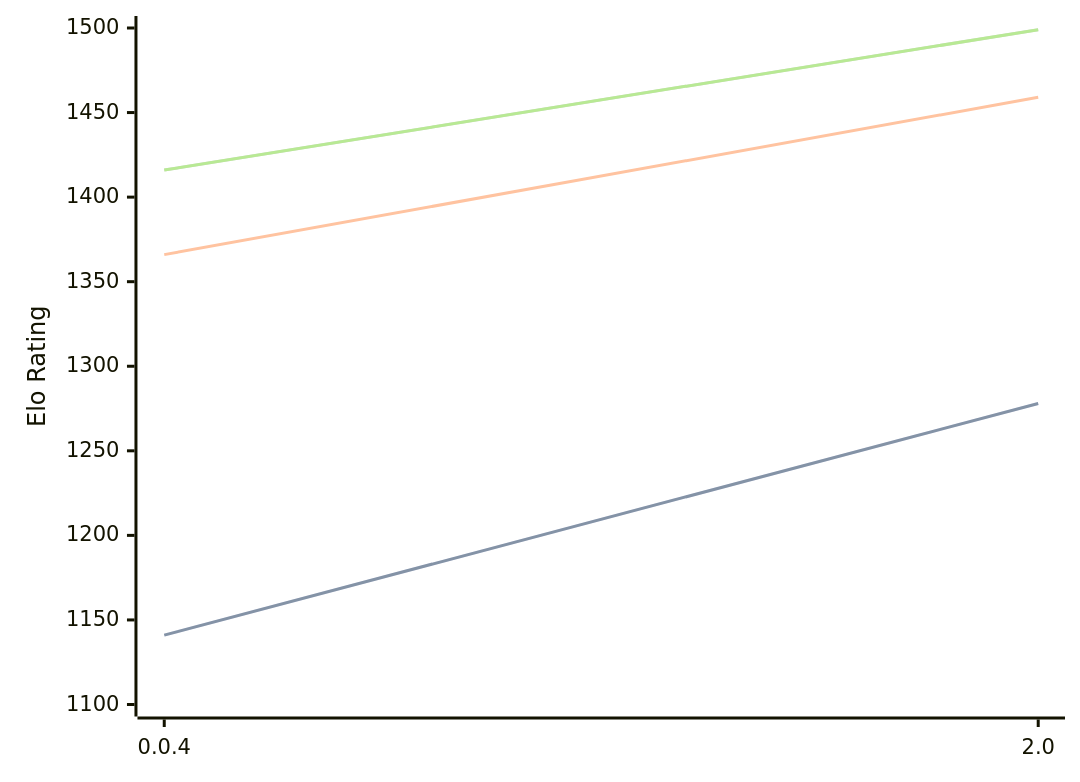
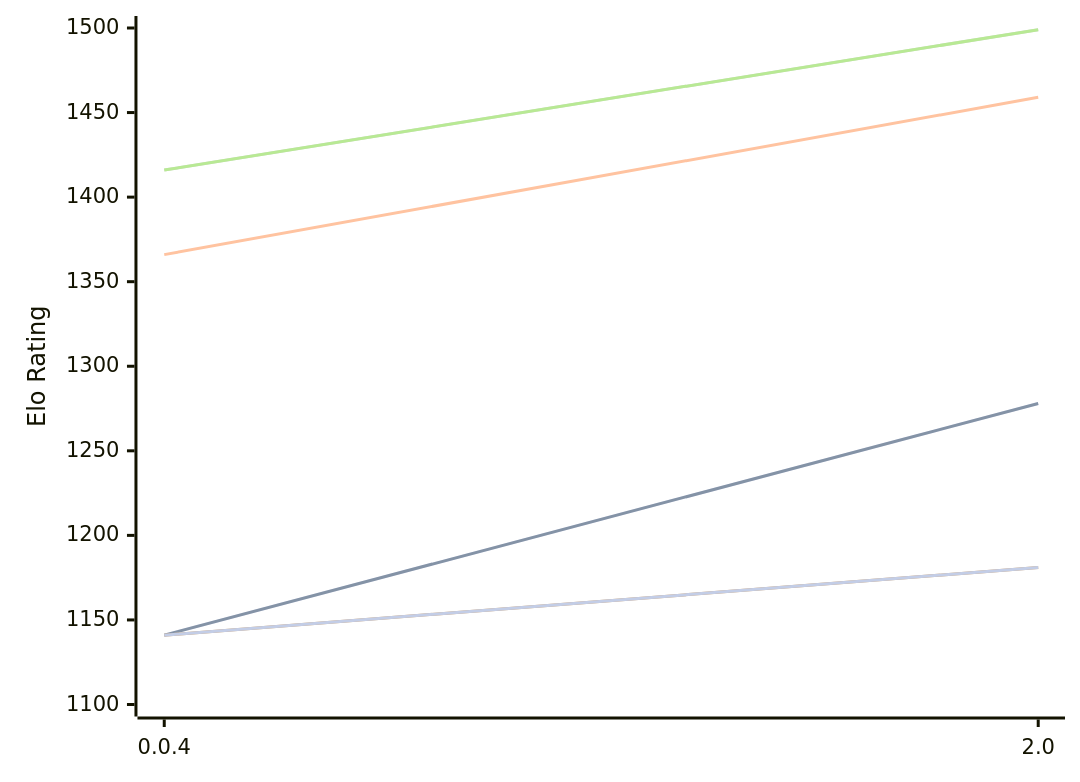
One commit to computer-chess-index/cci changed the diagram in engines/Oops!Mate.md. Above: the diagram before and after it, drawn with Mermaid. The commit also changed other lines of this file, not shown here.

Commit message:
Update CCI Ratings (ELO VLTC) - 2026-10-11

````diff
--- a/engines/Oops!Mate.md
+++ b/engines/Oops!Mate.md
@@ -48,16 +48,13 @@
 ```mermaid
 %%{init: {"theme":"base","themeVariables":{"seriesColors:['#a3a3a3','#222221','#faa371']}}}%%
 xychart-beta
   x-axis ["0.0.4", "2.0"]
   y-axis "Elo Rating" 1100 --> 1500
   line "" [1141, 1278]
   line "T1: STC (8.0+0.08s)" [1141, 1278]
   line "T1: LTC (60.0+0.60s)" [1366, 1459]
   line "" [1416, 1499]
   line "T1: VLTC (2m24s+1.12s)" [1416, 1499]
-  line "" [1175]
-  line "E1: STC (8.0+0.08s)" [1175]
-  line "E1: LTC (60.0+0.60s)" [1377]
-  line "" [1366]
-  line "E1: VLTC (2m24s+1.12s)" [1366]
+  line "" [1141,1181]
+  line "E1: STC (8.0+0.08s)" [1141,1181]
 ```
````
